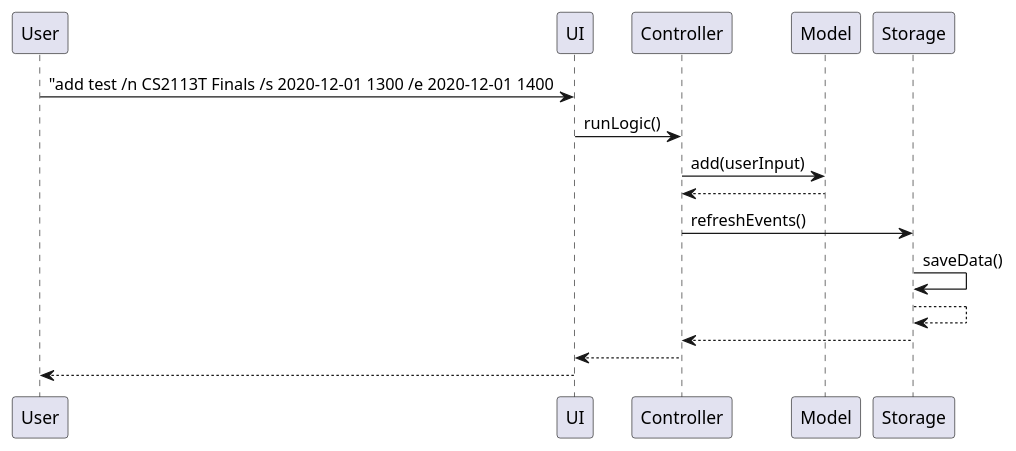
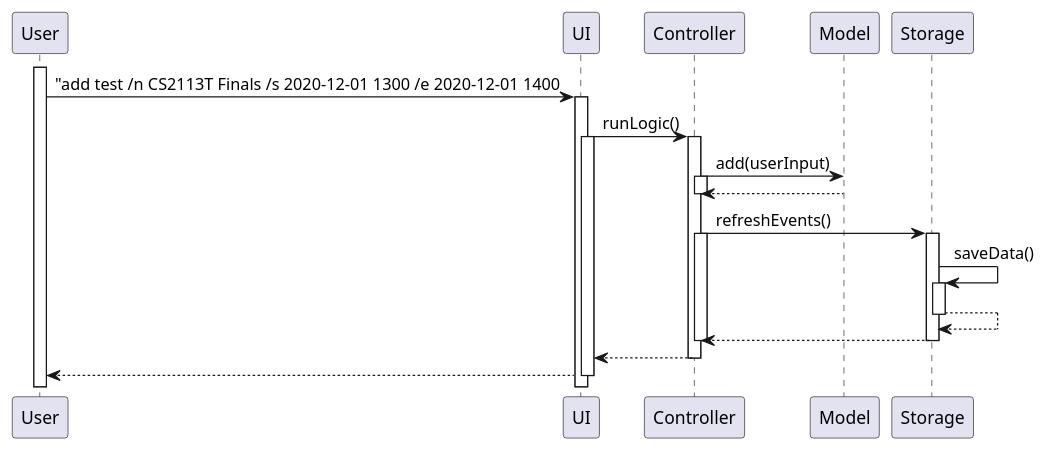
Before and after one commit to untitle4/tp: the diagram in docs/design/ExampleSequence.puml, drawn with PlantUML.

```diff
--- a/docs/design/ExampleSequence.puml
+++ b/docs/design/ExampleSequence.puml
@@ -1,12 +1,26 @@
 @startuml
+activate User
 User -> UI: "add test /n CS2113T Finals /s 2020-12-01 1300 /e 2020-12-01 1400
+activate UI
 UI -> Controller: runLogic()
+activate UI
+activate Controller
 Controller -> Model: add(userInput)
+activate Controller
 Model --> Controller
+deactivate Controller
 Controller -> Storage: refreshEvents()
+activate Controller
+activate Storage
 Storage -> Storage: saveData()
+activate Storage
 Storage --> Storage
+deactivate Storage
 Storage --> Controller
+deactivate Storage
+deactivate Controller
 Controller --> UI
+deactivate Controller
 UI --> User
+deactivate UI
 @enduml
```
